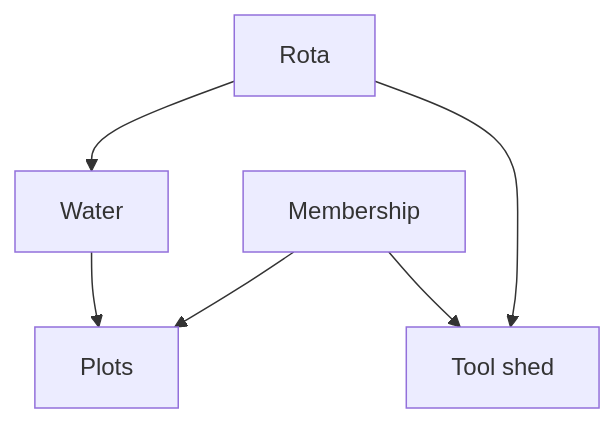
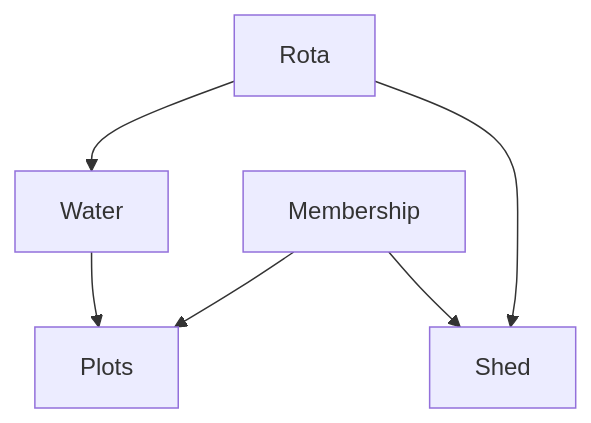
Before and after one commit to TylerJPresley/strata-blueprints: the diagram in skills/strata-blueprints/references/strata-blueprints-example.md, drawn with Mermaid. The commit also changed other lines of this file and 26 other files, not shown here.

````diff
--- a/skills/strata-blueprints/references/strata-blueprints-example.md
+++ b/skills/strata-blueprints/references/strata-blueprints-example.md
@@ -180,8 +184,8 @@
 ```mermaid
 flowchart TD
   Membership --> Plots
   Water --> Plots
   Rota --> Water
-  Rota --> Toolshed[Tool shed]
-  Membership --> Toolshed
+  Rota --> Shed
+  Membership --> Shed
 ```
````
